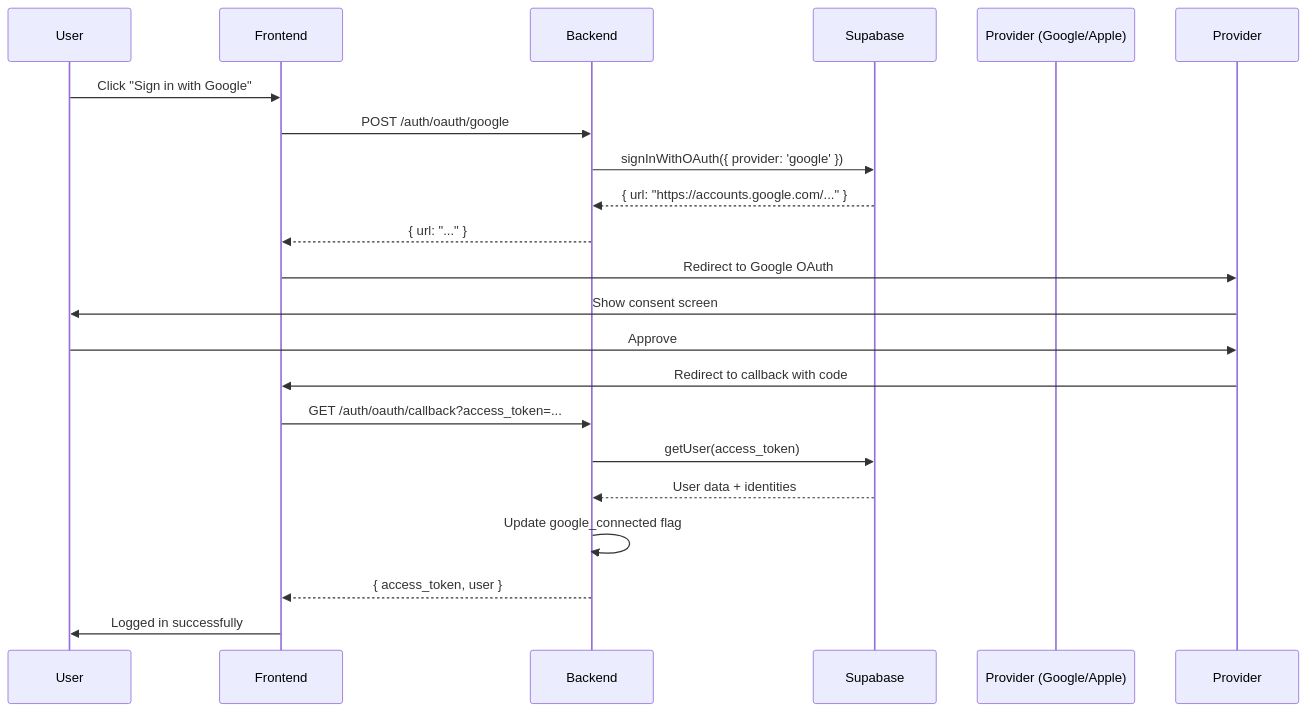
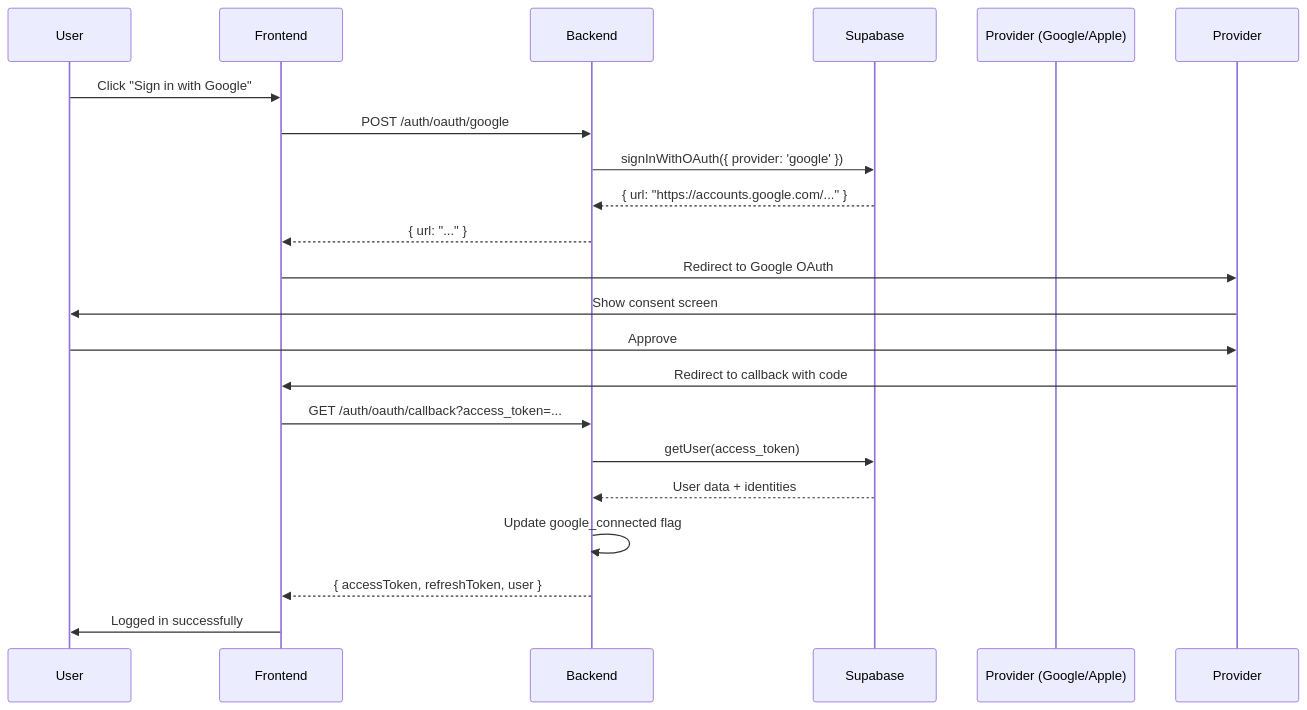
The diagram in docs/01-FEATURES/auth/walkthrough-oauth.md (abn-r/sacdia), drawn with Mermaid before and after one commit. The commit also changed other lines of this file and 5 other files, not shown here.

````diff
--- a/docs/01-FEATURES/auth/walkthrough-oauth.md
+++ b/docs/01-FEATURES/auth/walkthrough-oauth.md
@@ -33,24 +33,24 @@
 ```mermaid
 sequenceDiagram
     participant User
     participant Frontend
     participant Backend
     participant Supabase
     participant Provider (Google/Apple)
 
     User->>Frontend: Click "Sign in with Google"
     Frontend->>Backend: POST /auth/oauth/google
     Backend->>Supabase: signInWithOAuth({ provider: 'google' })
     Supabase-->>Backend: { url: "https://accounts.google.com/..." }
     Backend-->>Frontend: { url: "..." }
     Frontend->>Provider: Redirect to Google OAuth
     Provider->>User: Show consent screen
     User->>Provider: Approve
     Provider->>Frontend: Redirect to callback with code
     Frontend->>Backend: GET /auth/oauth/callback?access_token=...
     Backend->>Supabase: getUser(access_token)
     Supabase-->>Backend: User data + identities
     Backend->>Backend: Update google_connected flag
-    Backend-->>Frontend: { access_token, user }
+    Backend-->>Frontend: { accessToken, refreshToken, user }
     Frontend->>User: Logged in successfully
 ```
````
